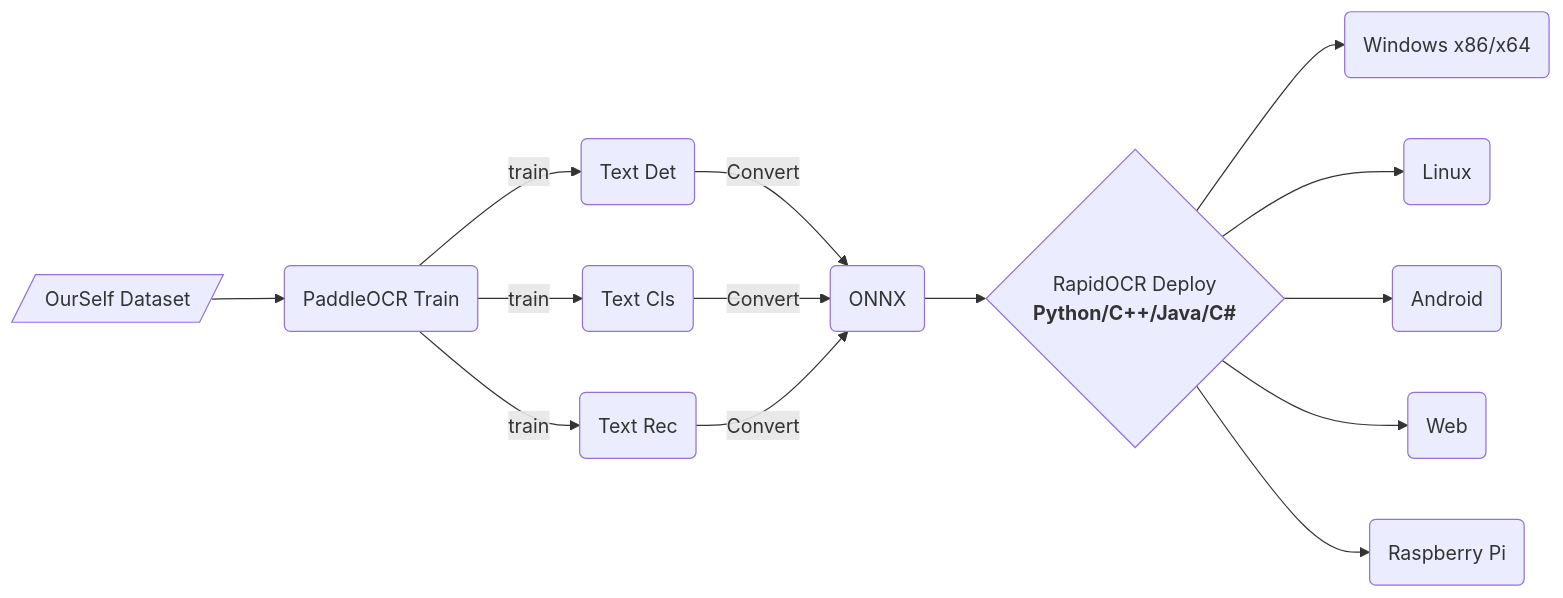
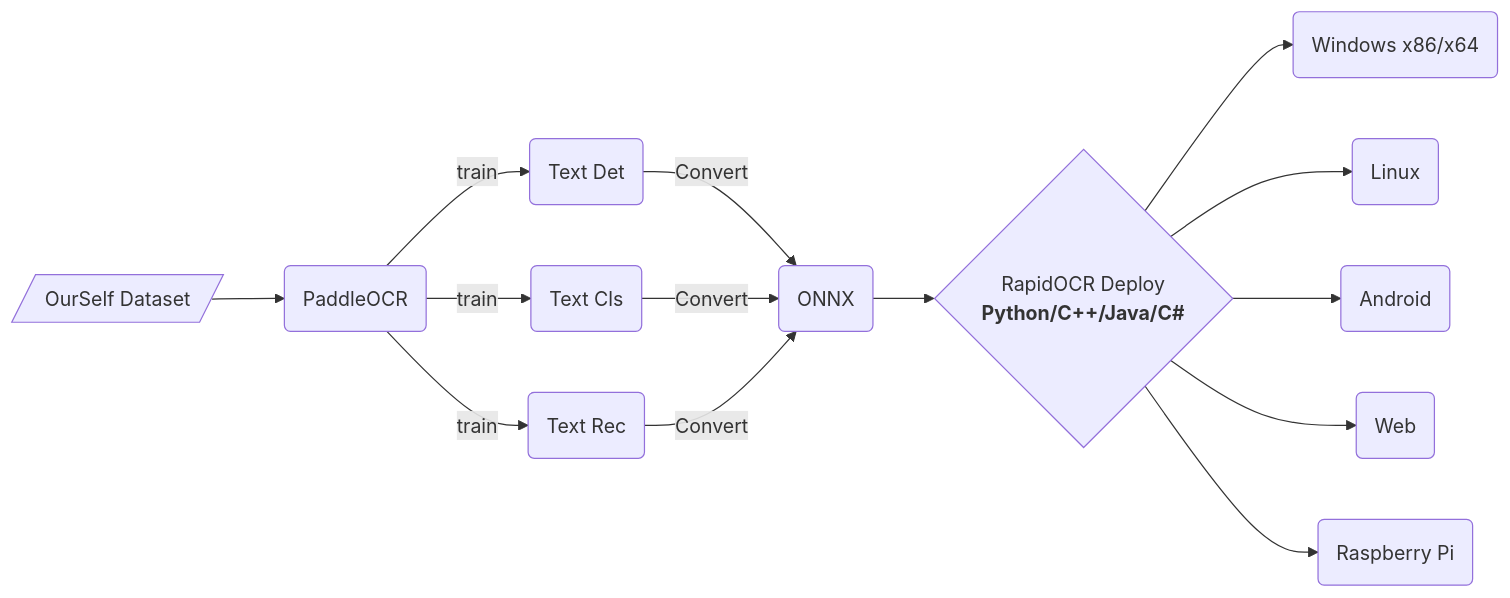
One commit to RapidAI/RapidOCR changed the diagram in README.md. Above: the diagram before and after it, drawn with Mermaid. The commit also changed 2 other files, not shown here.

````diff
--- a/README.md
+++ b/README.md
@@ -81,7 +81,7 @@
 ```mermaid
 flowchart LR
-    A[/OurSelf Dataset/] --> B(PaddleOCR Train)
+    A[/OurSelf Dataset/] --> B(PaddleOCR)
     B --train --> C(Text Det) & D(Text Cls) & E(Text Rec) --Convert--> F(ONNX)
     F --> G{RapidOCR Deploy\n<b>Python/C++/Java/C#</b>}
     G --> H(Windows x86/x64) & I(Linux) & J(Android) & K(Web) & L(Raspberry Pi)
 ```
````
